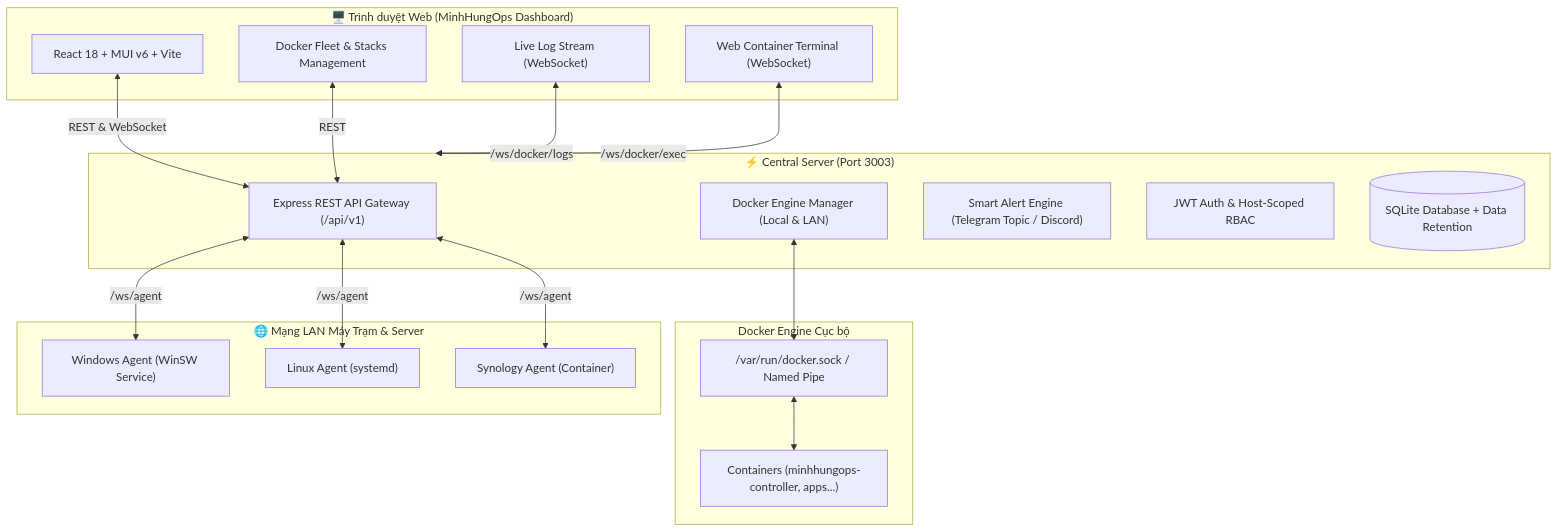
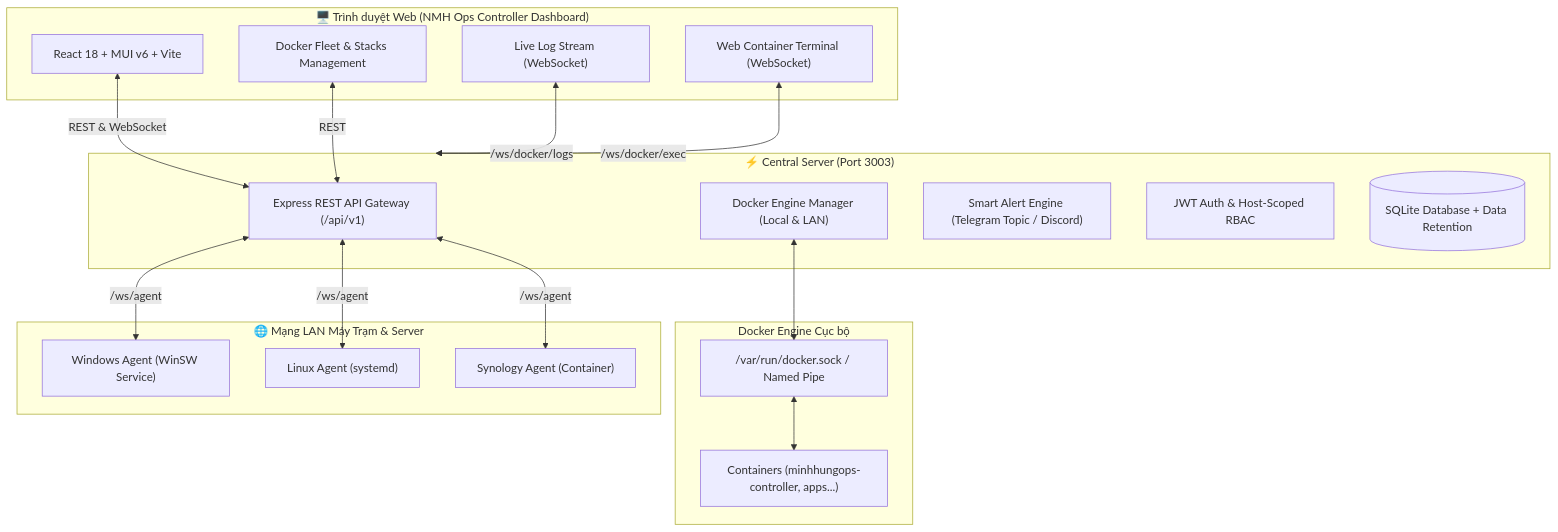
One commit to nmhung1993/nmh-ops-controller changed the diagram in README.md. Above: the diagram before and after it, drawn with Mermaid. The commit also changed other lines of this file and 22 other files, not shown here.

First line of the commit message:
chore: rename project to NMH Ops Controller and fix empty catch spacing

````diff
--- a/README.md
+++ b/README.md
@@ -61,40 +61,40 @@
 ```mermaid
 flowchart TD
-    subgraph Client["🖥️ Trình duyệt Web (MinhHungOps Dashboard)"]
+    subgraph Client["🖥️ Trình duyệt Web (NMH Ops Controller Dashboard)"]
         UI["React 18 + MUI v6 + Vite"]
         DockerTab["Docker Fleet & Stacks Management"]
         LogsTerm["Live Log Stream (WebSocket)"]
         WebExec["Web Container Terminal (WebSocket)"]
     end
 
     subgraph CentralServer["⚡ Central Server (Port 3003)"]
         Router["Express REST API Gateway (/api/v1)"]
         DockerMgr["Docker Engine Manager (Local & LAN)"]
         AlertEng["Smart Alert Engine (Telegram Topic / Discord)"]
         AuthEng["JWT Auth & Host-Scoped RBAC"]
         DB[(SQLite Database + Data Retention)]
     end
 
     subgraph LocalEngine["Docker Engine Cục bộ"]
         LocalSock["/var/run/docker.sock / Named Pipe"]
         LocalContainers["Containers (minhhungops-controller, apps...)"]
     end
 
     subgraph LANHosts["🌐 Mạng LAN Máy Trạm & Server"]
         WinAgent["Windows Agent (WinSW Service)"]
         LinuxAgent["Linux Agent (systemd)"]
         SynoAgent["Synology Agent (Container)"]
     end
 
     UI <-->|REST & WebSocket| Router
     DockerTab <-->|REST| Router
     LogsTerm <-->|/ws/docker/logs| CentralServer
     WebExec <-->|/ws/docker/exec| CentralServer
 
     DockerMgr <--> LocalSock
     LocalSock <--> LocalContainers
 
     Router <-->|/ws/agent| WinAgent
     Router <-->|/ws/agent| LinuxAgent
     Router <-->|/ws/agent| SynoAgent
 ```
````
